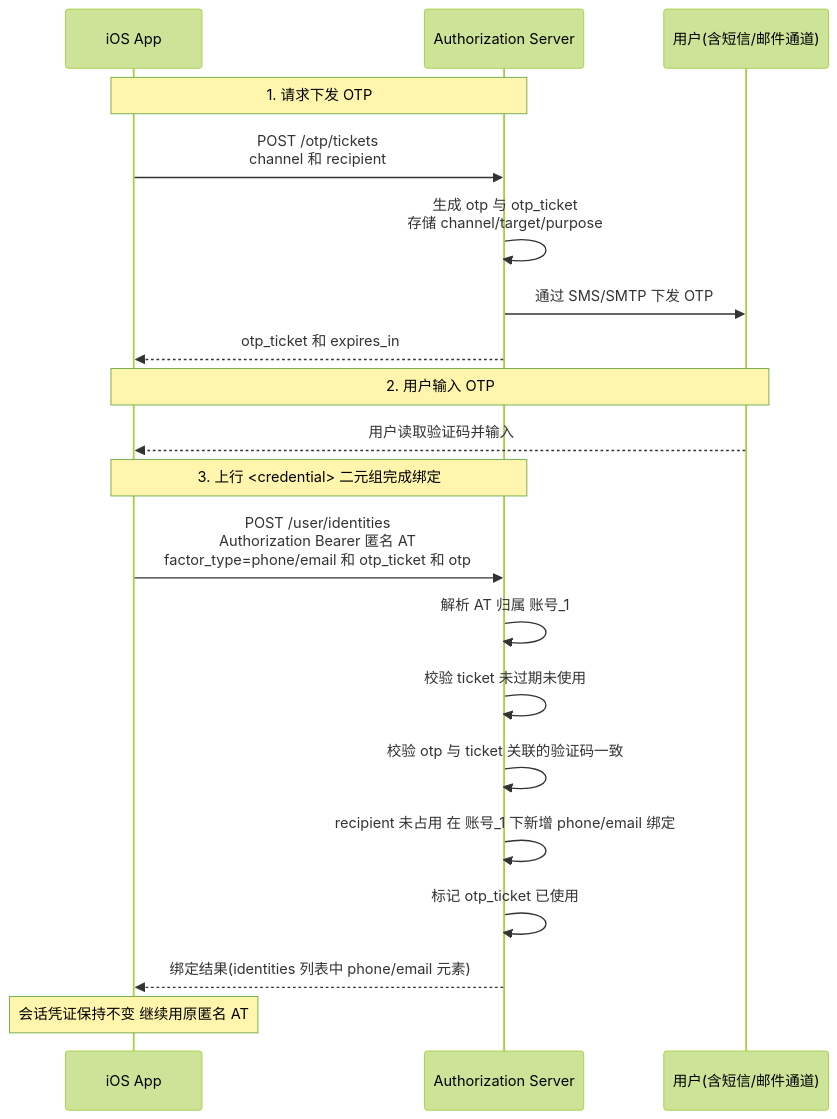
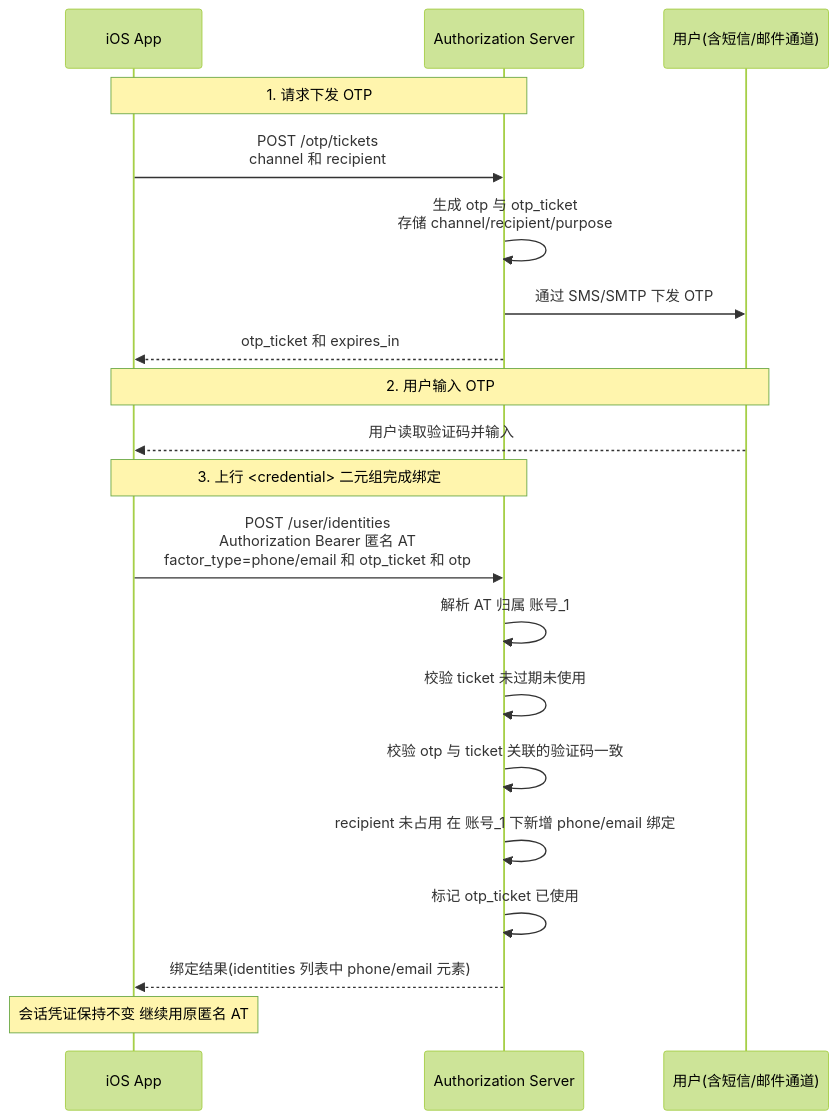
Before and after one commit to euler-projects/demo: the first of 2 diagrams in user-center/doc/apis/zh-cn/App-Attest-Login-#-OTP.md, drawn with Mermaid (forest theme). The commit also changed other lines of this file and 7 other files, not shown here.

````diff
--- a/user-center/doc/apis/zh-cn/App-Attest-Login-#-OTP.md
+++ b/user-center/doc/apis/zh-cn/App-Attest-Login-#-OTP.md
@@ -80,25 +80,25 @@
 ```mermaid
 sequenceDiagram
     participant App as iOS App
     participant Server as Authorization Server
     participant User as 用户(含短信/邮件通道)
 
     Note over App,Server: 1. 请求下发 OTP
     App->>Server: POST /otp/tickets<br/>channel 和 recipient
-    Server->>Server: 生成 otp 与 otp_ticket<br/>存储 channel/target/purpose
+    Server->>Server: 生成 otp 与 otp_ticket<br/>存储 channel/recipient/purpose
     Server->>User: 通过 SMS/SMTP 下发 OTP
     Server-->>App: otp_ticket 和 expires_in
 
     Note over App,User: 2. 用户输入 OTP
     User-->>App: 用户读取验证码并输入
 
     Note over App,Server: 3. 上行 <credential> 二元组完成绑定
     App->>Server: POST /user/identities<br/>Authorization Bearer 匿名 AT<br/>factor_type=phone/email 和 otp_ticket 和 otp
     Server->>Server: 解析 AT 归属 账号_1
     Server->>Server: 校验 ticket 未过期未使用
     Server->>Server: 校验 otp 与 ticket 关联的验证码一致
     Server->>Server: recipient 未占用 在 账号_1 下新增 phone/email 绑定
     Server->>Server: 标记 otp_ticket 已使用
     Server-->>App: 绑定结果(identities 列表中 phone/email 元素)
     Note over App: 会话凭证保持不变 继续用原匿名 AT
 ```
````
